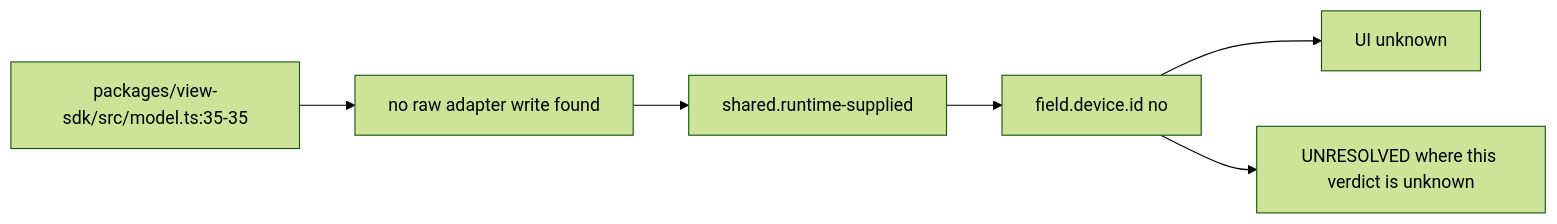
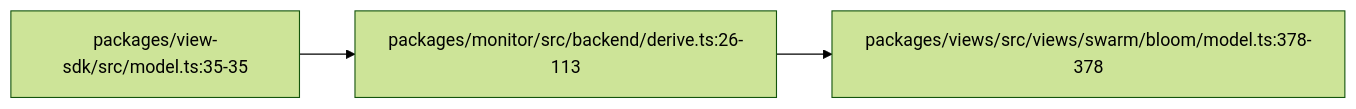
One commit to vibefield/puppeteer changed the diagram in audit/godview/evidence/claude/device.id.mmd. Above: the diagram before and after it, drawn with Mermaid (forest theme). The commit also changed 1255 other files, not shown here.

```diff
--- a/audit/godview/evidence/claude/device.id.mmd
+++ b/audit/godview/evidence/claude/device.id.mmd
@@ -1,13 +1,9 @@
-%% graph_ref: shared.runtime-supplied
-%% adapter: claude
-%% field: field.device.id
-%% forensic: source-read at 748d015; not a live sample
+%% graph_ref: path.host
+%% shared_map: 07e71c9bcb9532fc181e3f667f2d0ed2e7c9afaf
+%% forensic: source-read 748d015a7e393112e0a91dad80111fdf5abe6583; not a live sample
 flowchart LR
-  src["packages/view-sdk/src/model.ts:35-35"]
-  raw["no raw adapter write found"]
-  shared["shared.runtime-supplied"]
-  row["field.device.id no"]
-  ui["UI unknown"]
-  src --> raw --> shared --> row --> ui
-  open["UNRESOLVED where this verdict is unknown"]
-  row --> open
+  n0["packages/view-sdk/src/model.ts:35-35"]
+  n1["packages/monitor/src/backend/derive.ts:26-113"]
+  n0 --> n1
+  n2["packages/views/src/views/swarm/bloom/model.ts:378-378"]
+  n1 --> n2
```
